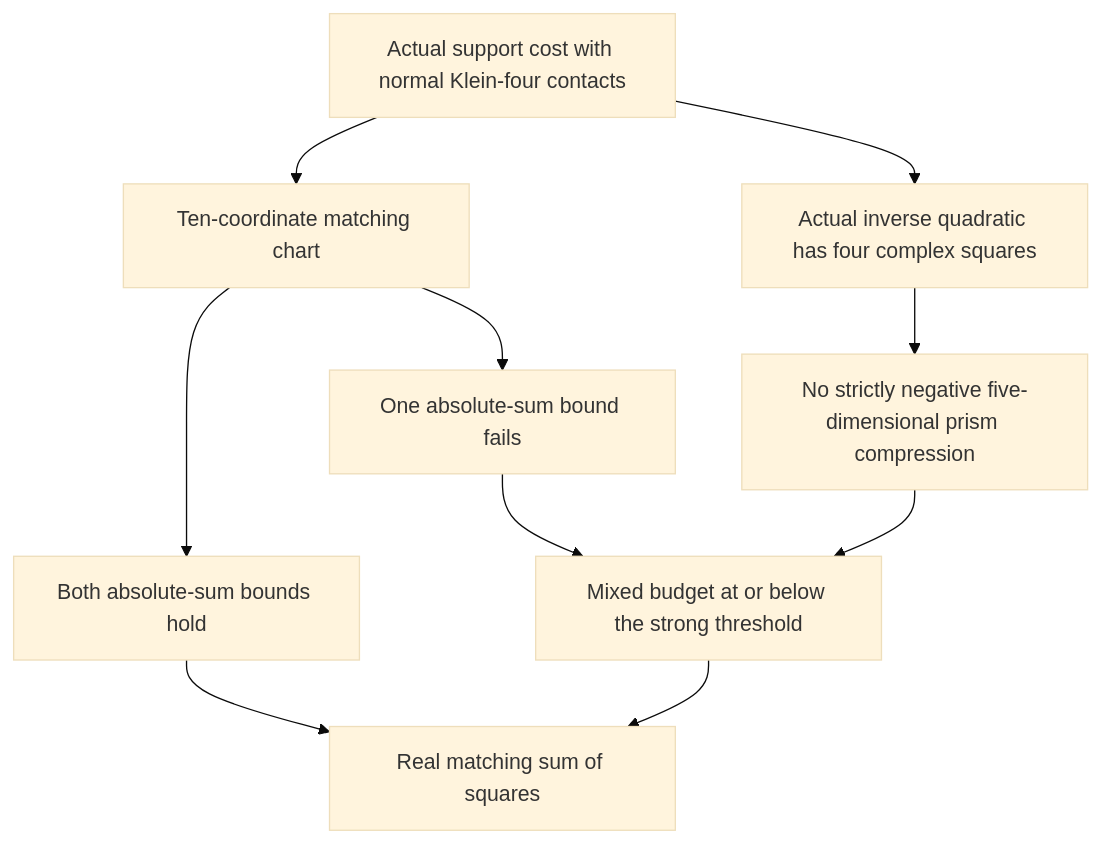
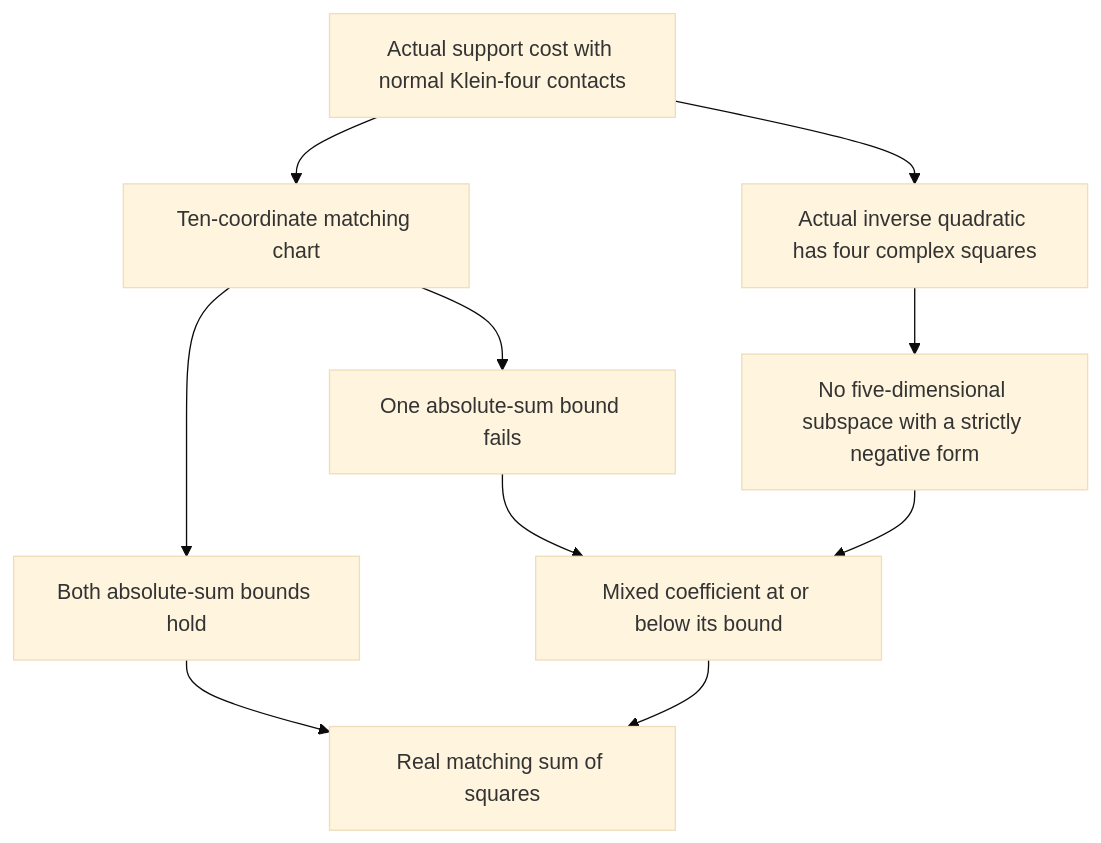
Before and after one commit to ascendnoosphere/MOC: the diagram in Docs/order-four-klein-four-matching-squares-proof-map.md, drawn with Mermaid (base theme). The commit also changed other lines of this file and 148 other files, not shown here.

````diff
--- a/Docs/order-four-klein-four-matching-squares-proof-map.md
+++ b/Docs/order-four-klein-four-matching-squares-proof-map.md
@@ -14,20 +14,20 @@
 ```mermaid
 flowchart TD
     Contacts["Actual support cost with normal Klein-four contacts"]
     Chart["Ten-coordinate matching chart"]
     Ordinary["Both absolute-sum bounds hold"]
     Mixed["One absolute-sum bound fails"]
     Source["Actual inverse quadratic has four complex squares"]
-    Prism["No strictly negative five-dimensional prism compression"]
-    Threshold["Mixed budget at or below the strong threshold"]
+    Prism["No five-dimensional subspace with a strictly negative form"]
+    Threshold["Mixed coefficient at or below its bound"]
     Squares["Real matching sum of squares"]
     Contacts --> Chart
     Contacts --> Source
     Chart --> Ordinary
     Chart --> Mixed
     Source --> Prism
     Ordinary --> Squares
     Mixed --> Threshold
     Prism --> Threshold
     Threshold --> Squares
 ```
````
